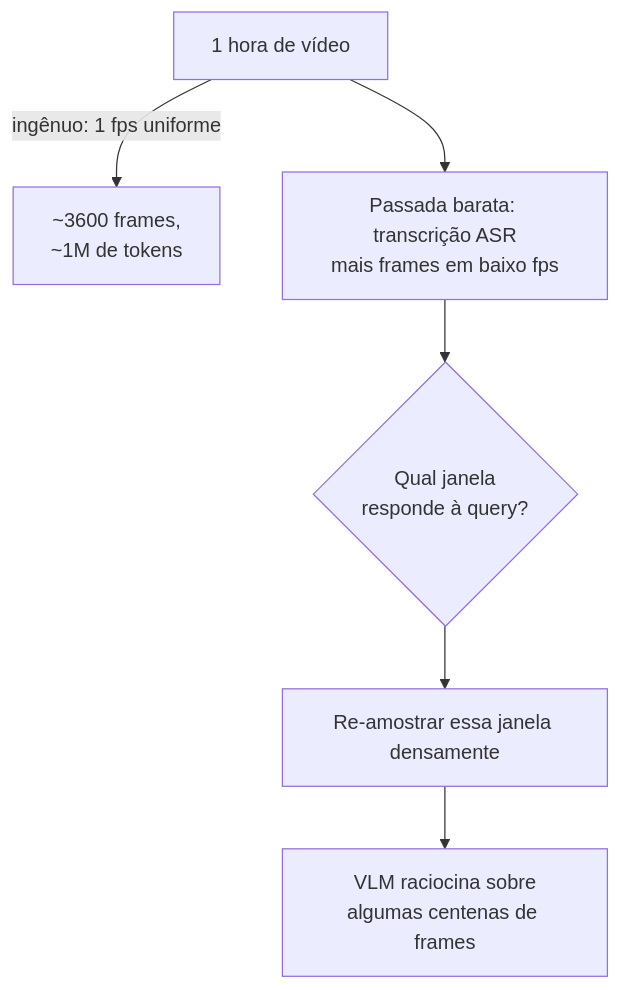
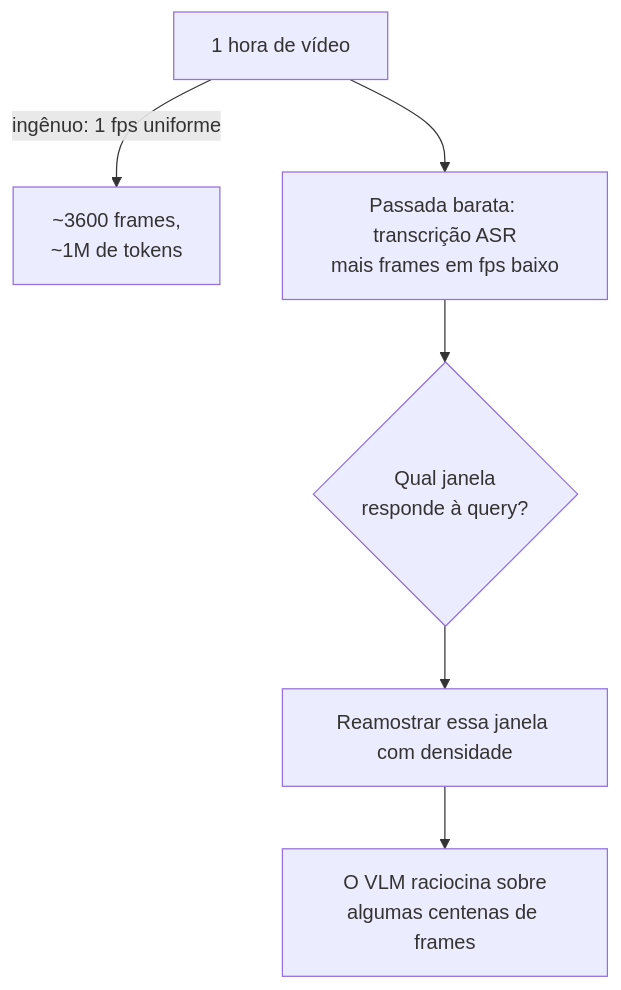
The tenth of 21 diagrams in 10-multimodal/questions.pt-BR.md (andrevberaldo/AI-Engineer-Interview-Questions), drawn with Mermaid before and after one commit. The commit also changed other lines of this file and 1 other file, not shown here.

````diff
--- a/10-multimodal/questions.pt-BR.md
+++ b/10-multimodal/questions.pt-BR.md
@@ -420,8 +420,8 @@
 ```mermaid
 flowchart TD
     A["1 hora de vídeo"] -->|"ingênuo: 1 fps uniforme"| B["~3600 frames,<br/>~1M de tokens"]
-    A --> C["Passada barata: transcrição ASR<br/>mais frames em baixo fps"]
+    A --> C["Passada barata: transcrição ASR<br/>mais frames em fps baixo"]
     C --> D{"Qual janela<br/>responde à query?"}
-    D --> E["Re-amostrar essa janela densamente"]
-    E --> F["VLM raciocina sobre<br/>algumas centenas de frames"]
+    D --> E["Reamostrar essa janela com densidade"]
+    E --> F["O VLM raciocina sobre<br/>algumas centenas de frames"]
 ```
````
